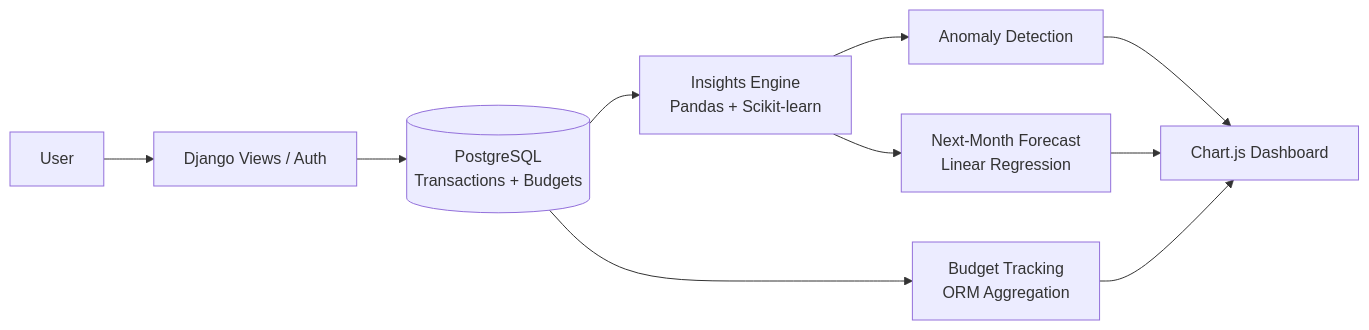
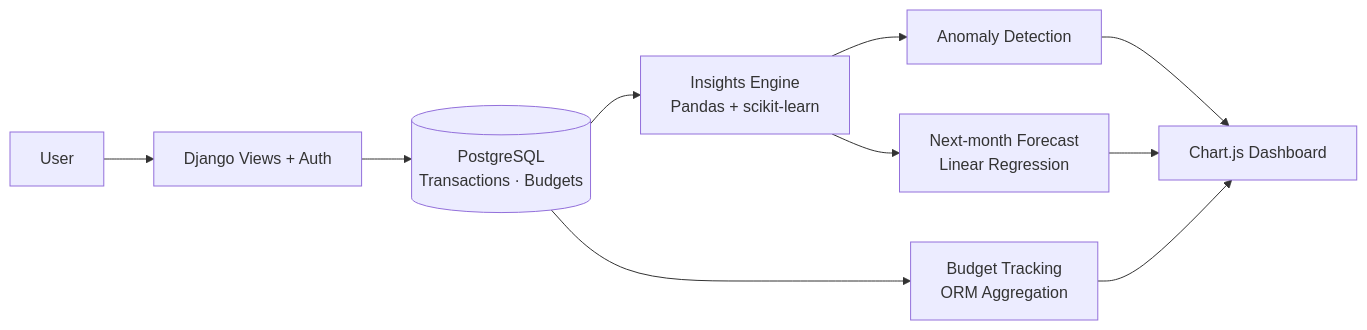
The second of 2 diagrams in README.md (punniyam26-hash/punniyam26-hash), drawn with Mermaid before and after one commit. The commit also changed other lines of this file, not shown here.

````diff
--- a/README.md
+++ b/README.md
@@ -123,12 +91,12 @@
 ```mermaid
 flowchart LR
-    U[User] --> V[Django Views / Auth]
-    V --> T[(PostgreSQL<br/>Transactions + Budgets)]
-    T --> I[Insights Engine<br/>Pandas + Scikit-learn]
-    I --> AN[Anomaly Detection]
-    I --> FC[Next-Month Forecast<br/>Linear Regression]
-    T --> BG[Budget Tracking<br/>ORM Aggregation]
-    AN --> D[Chart.js Dashboard]
-    FC --> D
-    BG --> D
+    U[User] --> V[Django Views + Auth]
+    V --> P[(PostgreSQL<br/>Transactions · Budgets)]
+    P --> I[Insights Engine<br/>Pandas + scikit-learn]
+    I --> AD[Anomaly Detection]
+    I --> NF[Next-month Forecast<br/>Linear Regression]
+    P --> BT[Budget Tracking<br/>ORM Aggregation]
+    AD --> CJ[Chart.js Dashboard]
+    NF --> CJ
+    BT --> CJ
 ```
````
